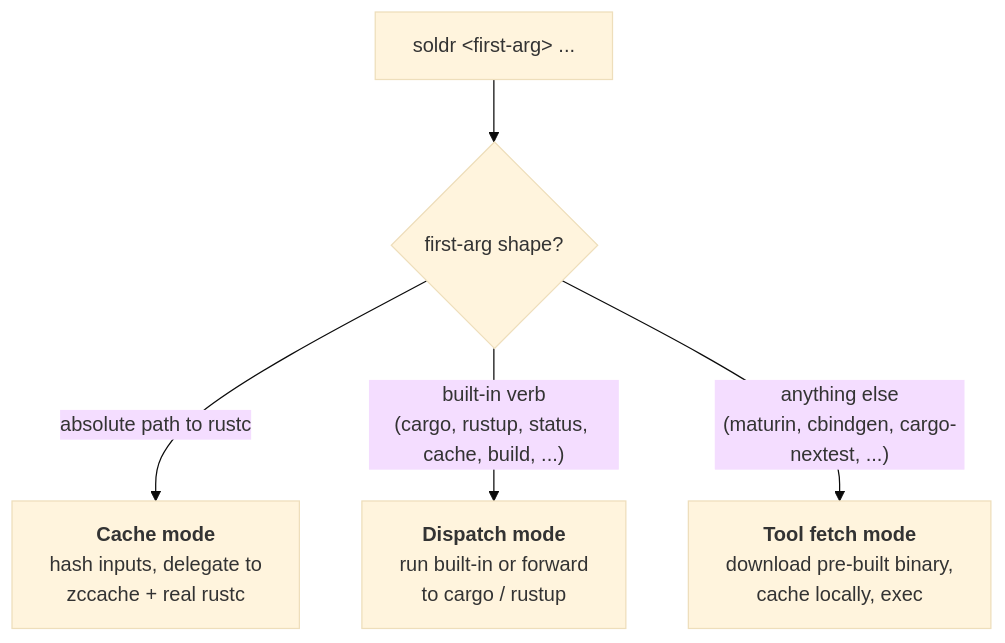
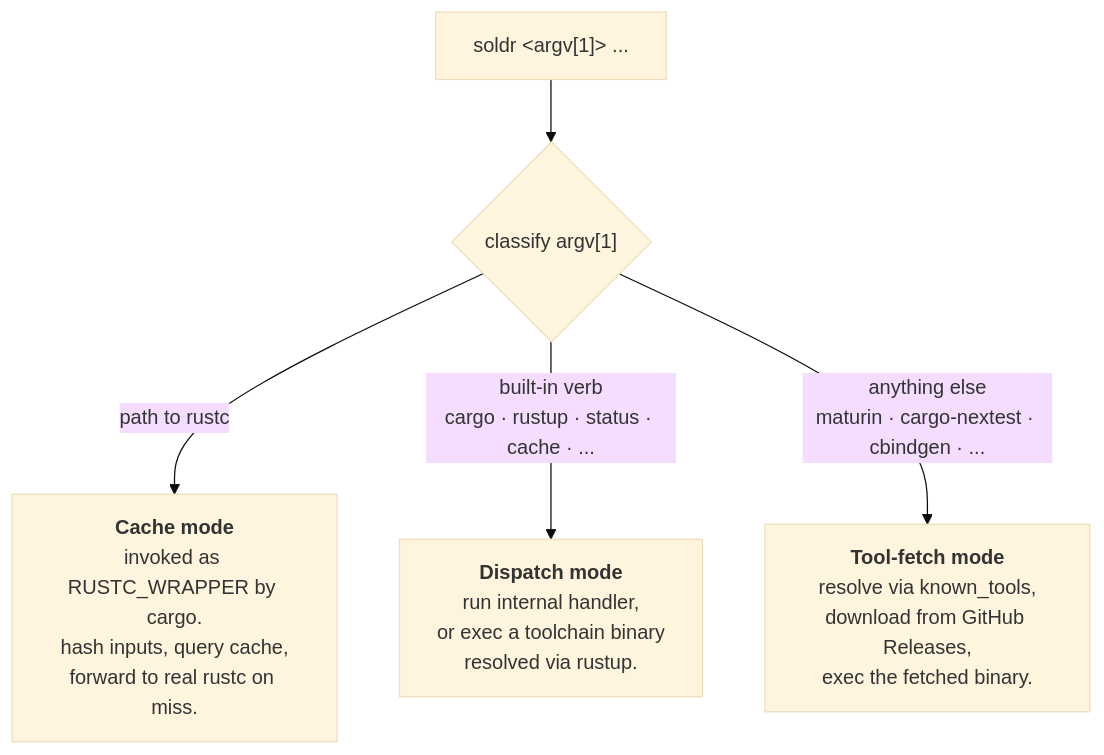
The first of 2 diagrams in README.md (zackees/soldr), drawn with Mermaid (base theme) before and after one commit. The commit also changed other lines of this file, not shown here.

First line of the commit message:
docs(readme): add Mermaid architecture diagrams and fix stale monocrate description (#1192)

````diff
--- a/README.md
+++ b/README.md
@@ -203,7 +203,7 @@
 ```mermaid
 flowchart TD
-    Start["soldr &lt;first-arg&gt; ..."] --> Q{first-arg shape?}
-    Q -->|"absolute path to rustc"| Cache["<b>Cache mode</b><br/>hash inputs, delegate to<br/>zccache + real rustc"]
-    Q -->|"built-in verb<br/>(cargo, rustup, status, cache, build, ...)"| Dispatch["<b>Dispatch mode</b><br/>run built-in or forward<br/>to cargo / rustup"]
-    Q -->|"anything else<br/>(maturin, cbindgen, cargo-nextest, ...)"| Fetch["<b>Tool fetch mode</b><br/>download pre-built binary,<br/>cache locally, exec"]
+    A["soldr &lt;argv[1]&gt; ..."] --> B{"classify argv[1]"}
+    B -->|"path to rustc"| C["<b>Cache mode</b><br/>invoked as RUSTC_WRAPPER by cargo.<br/>hash inputs, query cache,<br/>forward to real rustc on miss."]
+    B -->|"built-in verb<br/>cargo · rustup · status · cache · ..."| D["<b>Dispatch mode</b><br/>run internal handler,<br/>or exec a toolchain binary<br/>resolved via rustup."]
+    B -->|"anything else<br/>maturin · cargo-nextest · cbindgen · ..."| E["<b>Tool-fetch mode</b><br/>resolve via known_tools,<br/>download from GitHub Releases,<br/>exec the fetched binary."]
 ```
````
